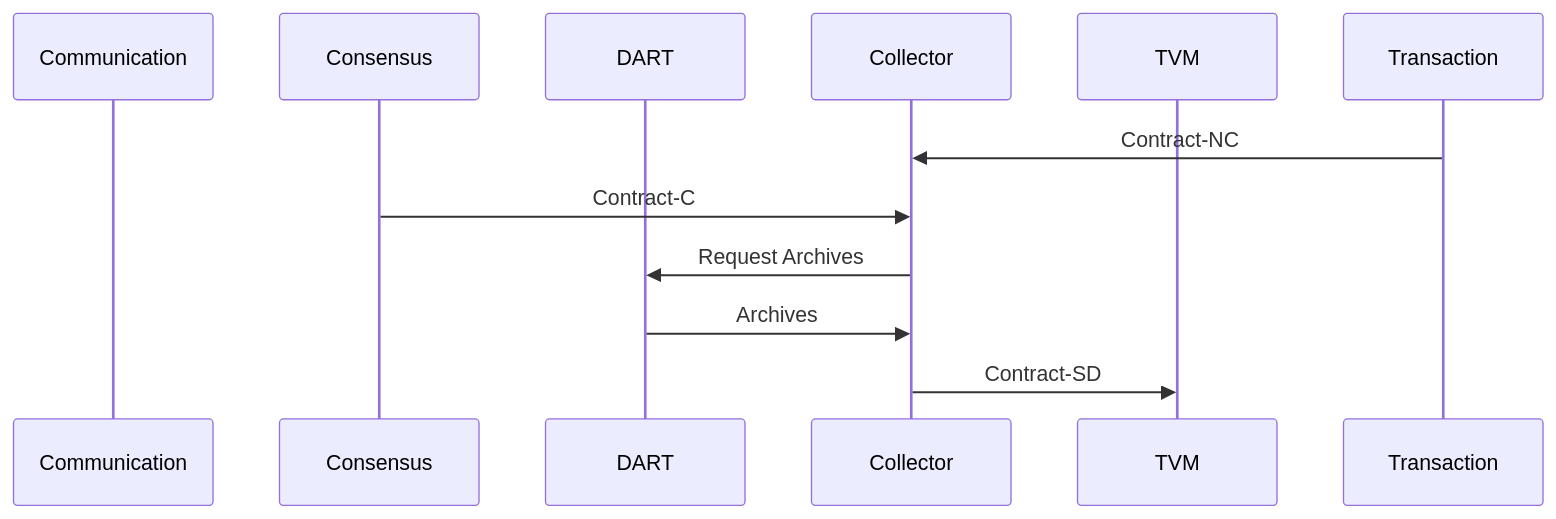
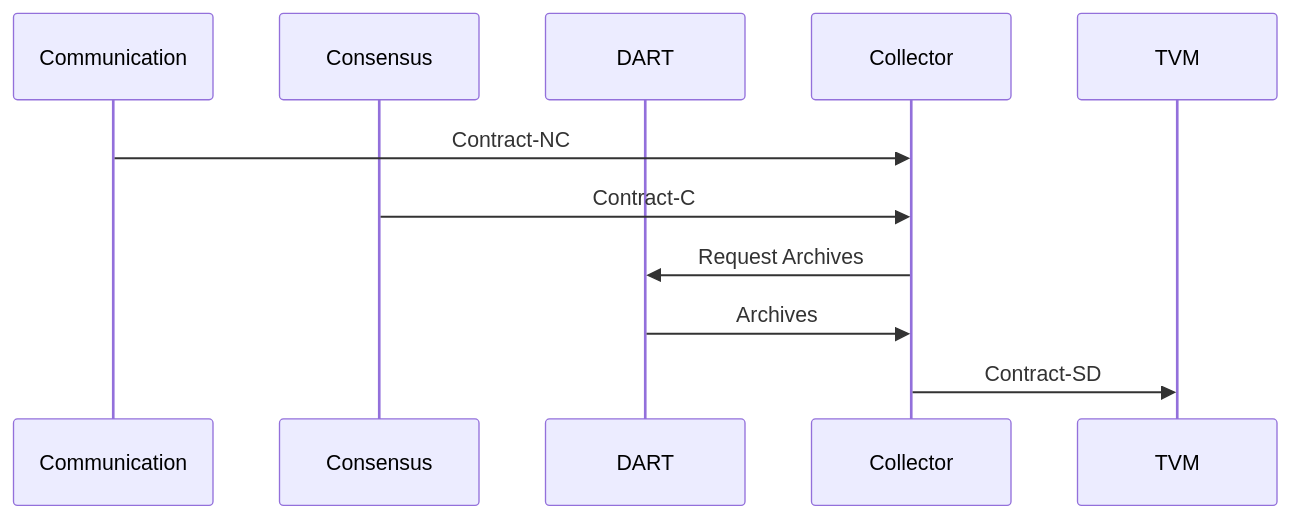
The diagram in documents/architecture/Collector.md (tagion/tagion), drawn with Mermaid before and after one commit.

````diff
--- a/documents/architecture/Collector.md
+++ b/documents/architecture/Collector.md
@@ -25,14 +25,14 @@
 ```mermaid
 sequenceDiagram
     participant Communication
     participant Consensus
     participant DART 
     participant Collector
     participant TVM 
-    Transaction->>Collector: Contract-NC 
+    Communication->>Collector: Contract-NC 
     Consensus->>Collector: Contract-C
     Collector->>DART: Request Archives
     DART->>Collector: Archives
     Collector->>TVM: Contract-SD
 
 ```
````
